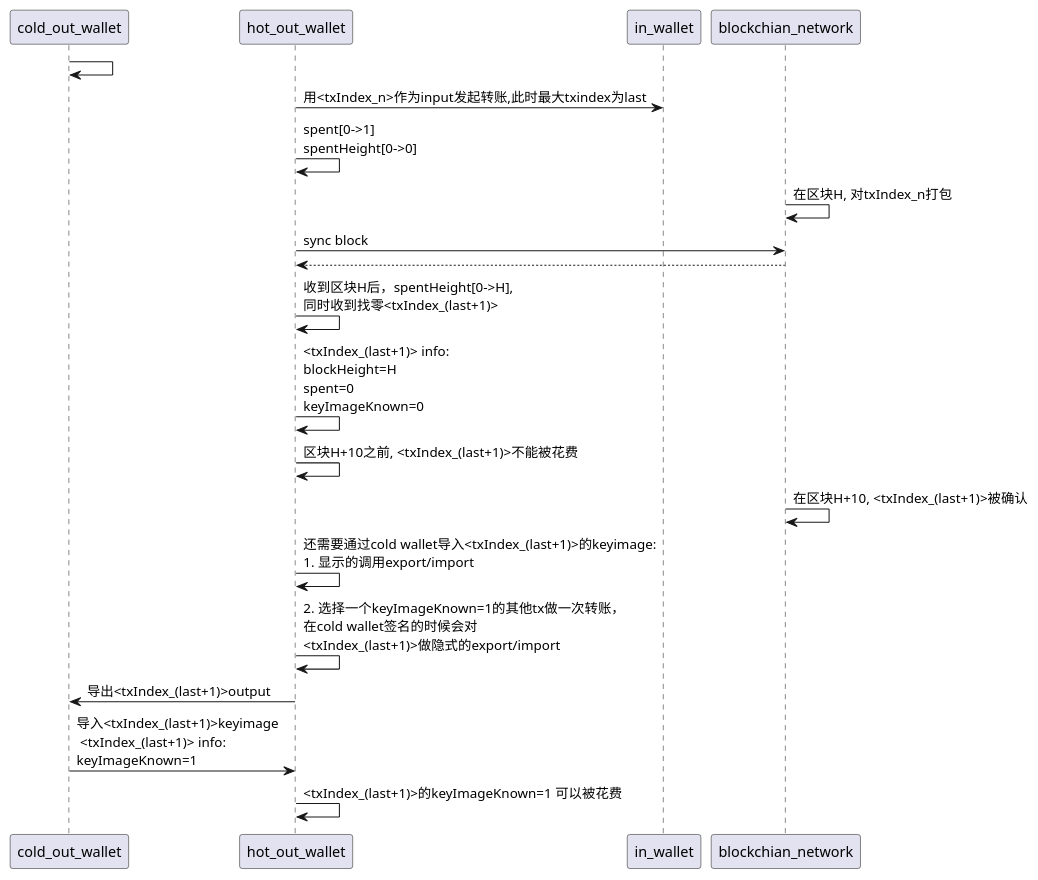
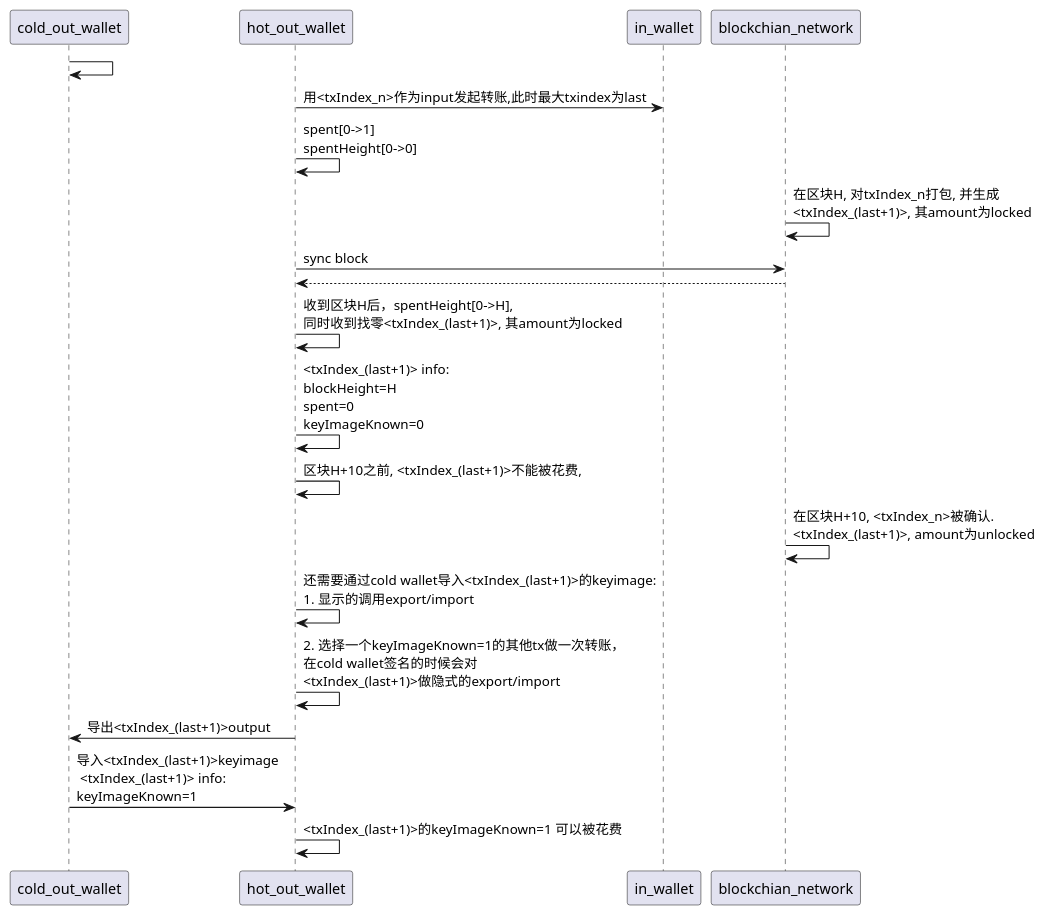
Before and after one commit to cmdpos/gaia: the diagram in uml/xmr/transfer.puml, drawn with PlantUML. The commit also changed 1 other file, not shown here.

```diff
--- a/uml/xmr/transfer.puml
+++ b/uml/xmr/transfer.puml
@@ -1,35 +1,35 @@
 @startuml
 cold_out_wallet -> cold_out_wallet
 
 hot_out_wallet -> in_wallet: 用<txIndex_n>作为input发起转账,此时最大txindex为last
 
 hot_out_wallet -> hot_out_wallet: spent[0->1]\nspentHeight[0->0]
 
 
 
-blockchian_network -> blockchian_network: 在区块H, 对txIndex_n打包
+blockchian_network -> blockchian_network: 在区块H, 对txIndex_n打包, 并生成\n<txIndex_(last+1)>, 其amount为locked
 
 
 hot_out_wallet -> blockchian_network: sync block
 hot_out_wallet <-- blockchian_network:
 
-hot_out_wallet -> hot_out_wallet: 收到区块H后，spentHeight[0->H],\n同时收到找零<txIndex_(last+1)>
+hot_out_wallet -> hot_out_wallet: 收到区块H后，spentHeight[0->H],\n同时收到找零<txIndex_(last+1)>, 其amount为locked
 
 hot_out_wallet -> hot_out_wallet: <txIndex_(last+1)> info:\nblockHeight=H \nspent=0 \nkeyImageKnown=0
 
-hot_out_wallet -> hot_out_wallet: 区块H+10之前, <txIndex_(last+1)>不能被花费
+hot_out_wallet -> hot_out_wallet: 区块H+10之前, <txIndex_(last+1)>不能被花费,
 
-blockchian_network -> blockchian_network: 在区块H+10, <txIndex_(last+1)>被确认
+blockchian_network -> blockchian_network: 在区块H+10, <txIndex_n>被确认.\n<txIndex_(last+1)>, amount为unlocked
 
 hot_out_wallet -> hot_out_wallet: 还需要通过cold wallet导入<txIndex_(last+1)>的keyimage:\n1. 显示的调用export/import
 hot_out_wallet -> hot_out_wallet: 2. 选择一个keyImageKnown=1的其他tx做一次转账，\n在cold wallet签名的时候会对\n<txIndex_(last+1)>做隐式的export/import
 
 
 hot_out_wallet -> cold_out_wallet: 导出<txIndex_(last+1)>output
 
 cold_out_wallet -> hot_out_wallet: 导入<txIndex_(last+1)>keyimage\n <txIndex_(last+1)> info:\nkeyImageKnown=1
 
 hot_out_wallet -> hot_out_wallet: <txIndex_(last+1)>的keyImageKnown=1 可以被花费
 
 
 @enduml
```
